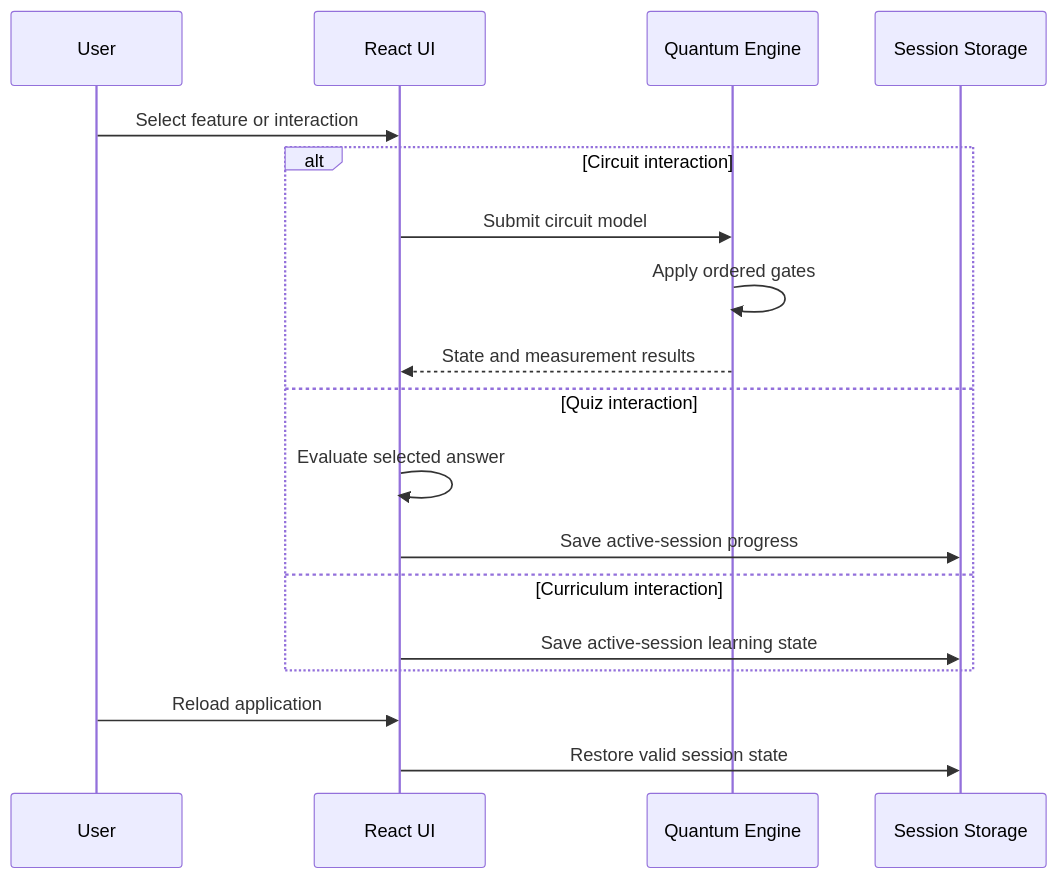
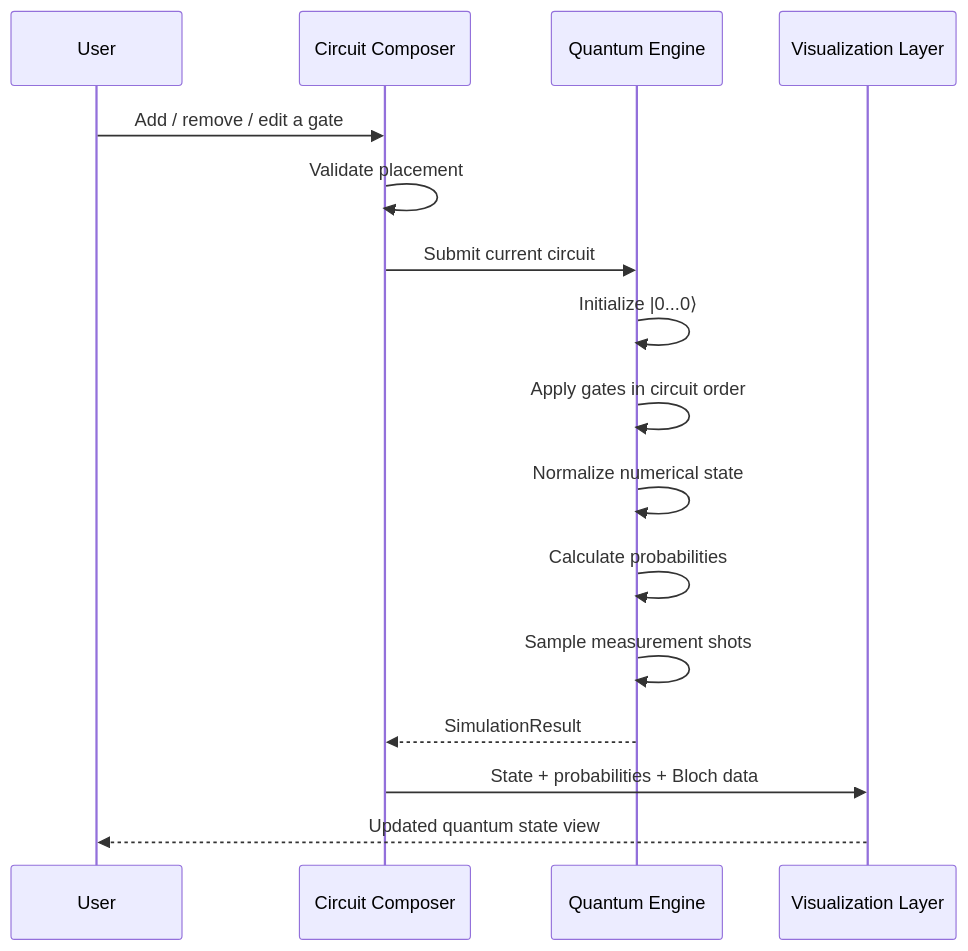
One commit to chamanvashishth/Qubit_Lab changed the third of 5 diagrams in README.md. Above: the diagram before and after it, drawn with Mermaid. The commit also changed other lines of this file, not shown here.

Commit message:
docs: overhaul README for current architecture and deployment

````diff
--- a/README.md
+++ b/README.md
@@ -199,23 +253,19 @@
 ```mermaid
 sequenceDiagram
     participant User
-    participant UI as React UI
+    participant Composer as Circuit Composer
     participant Engine as Quantum Engine
-    participant Storage as Session Storage
+    participant Visualizer as Visualization Layer
 
-    User->>UI: Select feature or interaction
-
-    alt Circuit interaction
-        UI->>Engine: Submit circuit model
-        Engine->>Engine: Apply ordered gates
-        Engine-->>UI: State and measurement results
-    else Quiz interaction
-        UI->>UI: Evaluate selected answer
-        UI->>Storage: Save active-session progress
-    else Curriculum interaction
-        UI->>Storage: Save active-session learning state
-    end
-
-    User->>UI: Reload application
-    UI->>Storage: Restore valid session state
+    User->>Composer: Add / remove / edit a gate
+    Composer->>Composer: Validate placement
+    Composer->>Engine: Submit current circuit
+    Engine->>Engine: Initialize |0...0⟩
+    Engine->>Engine: Apply gates in circuit order
+    Engine->>Engine: Normalize numerical state
+    Engine->>Engine: Calculate probabilities
+    Engine->>Engine: Sample measurement shots
+    Engine-->>Composer: SimulationResult
+    Composer->>Visualizer: State + probabilities + Bloch data
+    Visualizer-->>User: Updated quantum state view
 ```
````
